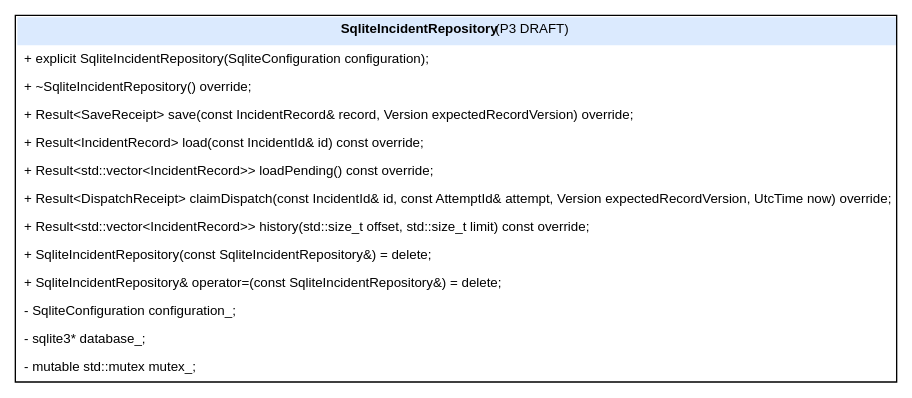
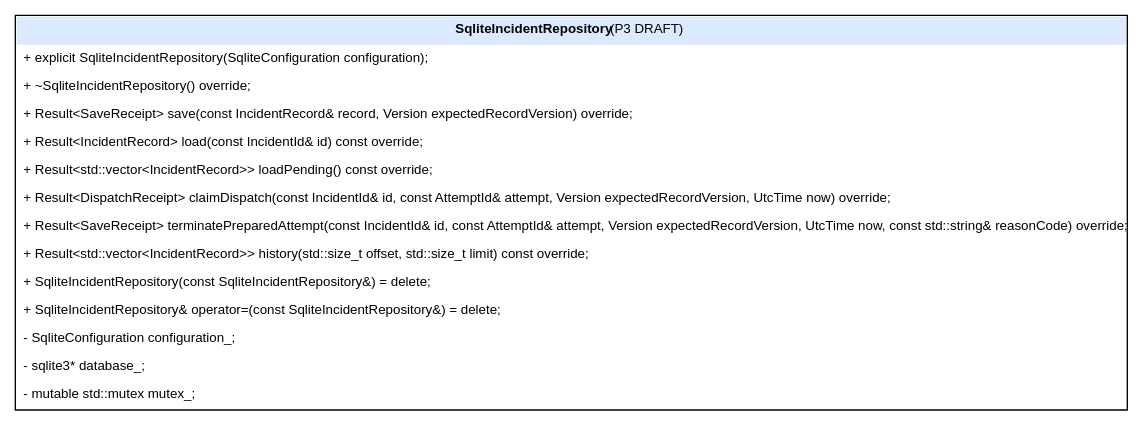
Before and after one commit to 1UsamaShmasneh1/Rivive_Shield: the diagram in docs/design-proposals/Rivive_Shield_UML_Proposal_P3/diagrams/SqliteIncidentRepository.dot, drawn with Graphviz. The commit also changed 19 other files, not shown here.

```diff
--- a/docs/design-proposals/Rivive_Shield_UML_Proposal_P3/diagrams/SqliteIncidentRepository.dot
+++ b/docs/design-proposals/Rivive_Shield_UML_Proposal_P3/diagrams/SqliteIncidentRepository.dot
@@ -1,1 +1,1 @@
-digraph G { graph [bgcolor="white"]; node [shape=plain fontname="Arial" fontsize=10]; c [label=<<TABLE BORDER="1" CELLBORDER="0" CELLSPACING="0" CELLPADDING="5"><TR><TD BGCOLOR="#dbeafe"><B>SqliteIncidentRepository</B> (P3 DRAFT)</TD></TR><TR><TD ALIGN="LEFT">+ explicit SqliteIncidentRepository(SqliteConfiguration configuration);</TD></TR><TR><TD ALIGN="LEFT">+ ~SqliteIncidentRepository() override;</TD></TR><TR><TD ALIGN="LEFT">+ Result&lt;SaveReceipt&gt; save(const IncidentRecord&amp; record, Version expectedRecordVersion) override;</TD></TR><TR><TD ALIGN="LEFT">+ Result&lt;IncidentRecord&gt; load(const IncidentId&amp; id) const override;</TD></TR><TR><TD ALIGN="LEFT">+ Result&lt;std::vector&lt;IncidentRecord&gt;&gt; loadPending() const override;</TD></TR><TR><TD ALIGN="LEFT">+ Result&lt;DispatchReceipt&gt; claimDispatch(const IncidentId&amp; id, const AttemptId&amp; attempt, Version expectedRecordVersion, UtcTime now) override;</TD></TR><TR><TD ALIGN="LEFT">+ Result&lt;std::vector&lt;IncidentRecord&gt;&gt; history(std::size_t offset, std::size_t limit) const override;</TD></TR><TR><TD ALIGN="LEFT">+ SqliteIncidentRepository(const SqliteIncidentRepository&amp;) = delete;</TD></TR><TR><TD ALIGN="LEFT">+ SqliteIncidentRepository&amp; operator=(const SqliteIncidentRepository&amp;) = delete;</TD></TR><TR><TD ALIGN="LEFT">- SqliteConfiguration configuration_;</TD></TR><TR><TD ALIGN="LEFT">- sqlite3* database_;</TD></TR><TR><TD ALIGN="LEFT">- mutable std::mutex mutex_;</TD></TR></TABLE>>]; }
+digraph G { graph [bgcolor="white"]; node [shape=plain fontname="Arial" fontsize=10]; c [label=<<TABLE BORDER="1" CELLBORDER="0" CELLSPACING="0" CELLPADDING="5"><TR><TD BGCOLOR="#dbeafe"><B>SqliteIncidentRepository</B> (P3 DRAFT)</TD></TR><TR><TD ALIGN="LEFT">+ explicit SqliteIncidentRepository(SqliteConfiguration configuration);</TD></TR><TR><TD ALIGN="LEFT">+ ~SqliteIncidentRepository() override;</TD></TR><TR><TD ALIGN="LEFT">+ Result&lt;SaveReceipt&gt; save(const IncidentRecord&amp; record, Version expectedRecordVersion) override;</TD></TR><TR><TD ALIGN="LEFT">+ Result&lt;IncidentRecord&gt; load(const IncidentId&amp; id) const override;</TD></TR><TR><TD ALIGN="LEFT">+ Result&lt;std::vector&lt;IncidentRecord&gt;&gt; loadPending() const override;</TD></TR><TR><TD ALIGN="LEFT">+ Result&lt;DispatchReceipt&gt; claimDispatch(const IncidentId&amp; id, const AttemptId&amp; attempt, Version expectedRecordVersion, UtcTime now) override;</TD></TR><TR><TD ALIGN="LEFT">+ Result&lt;SaveReceipt&gt; terminatePreparedAttempt(const IncidentId&amp; id, const AttemptId&amp; attempt, Version expectedRecordVersion, UtcTime now, const std::string&amp; reasonCode) override;</TD></TR><TR><TD ALIGN="LEFT">+ Result&lt;std::vector&lt;IncidentRecord&gt;&gt; history(std::size_t offset, std::size_t limit) const override;</TD></TR><TR><TD ALIGN="LEFT">+ SqliteIncidentRepository(const SqliteIncidentRepository&amp;) = delete;</TD></TR><TR><TD ALIGN="LEFT">+ SqliteIncidentRepository&amp; operator=(const SqliteIncidentRepository&amp;) = delete;</TD></TR><TR><TD ALIGN="LEFT">- SqliteConfiguration configuration_;</TD></TR><TR><TD ALIGN="LEFT">- sqlite3* database_;</TD></TR><TR><TD ALIGN="LEFT">- mutable std::mutex mutex_;</TD></TR></TABLE>>]; }
```
